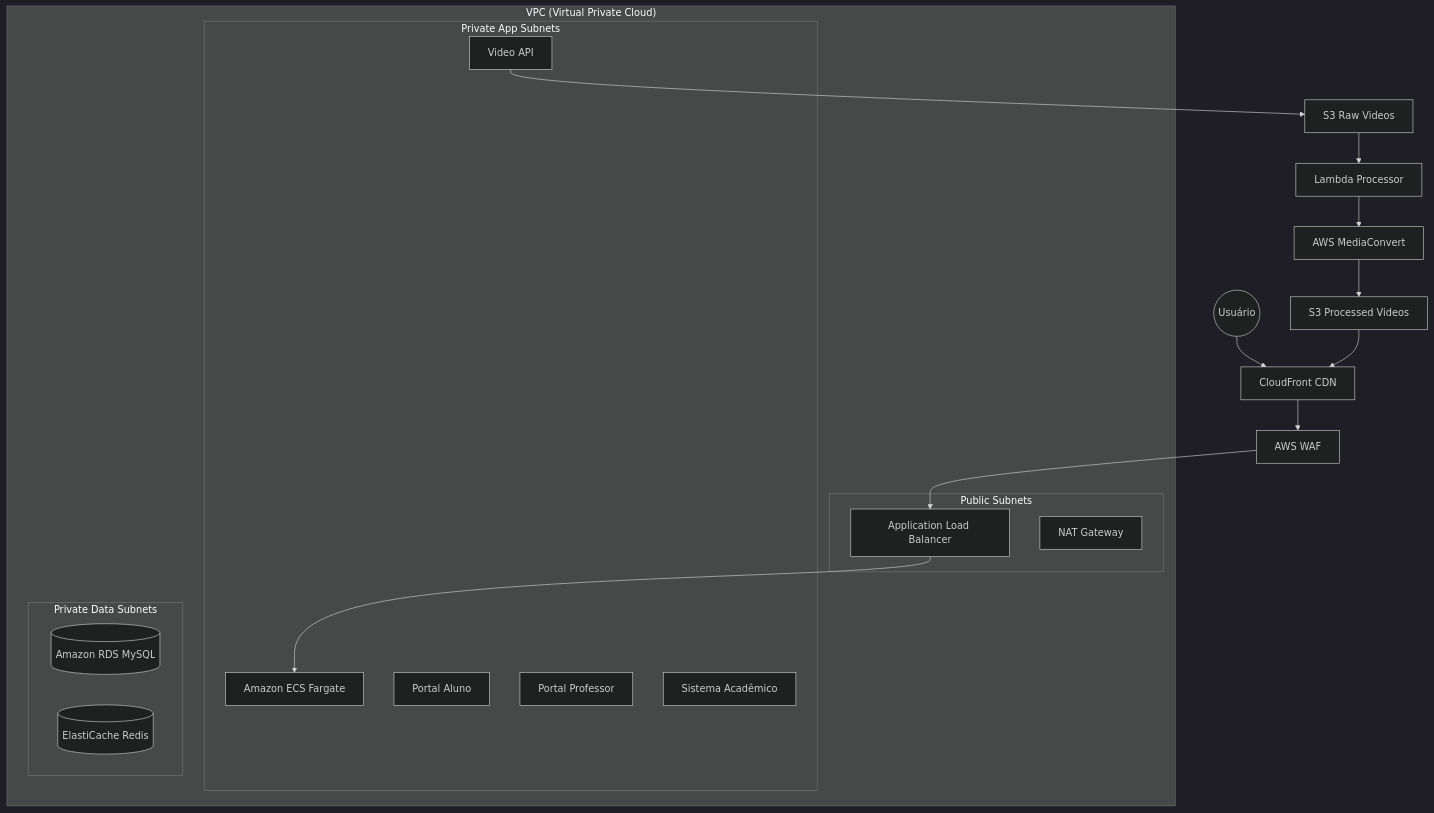
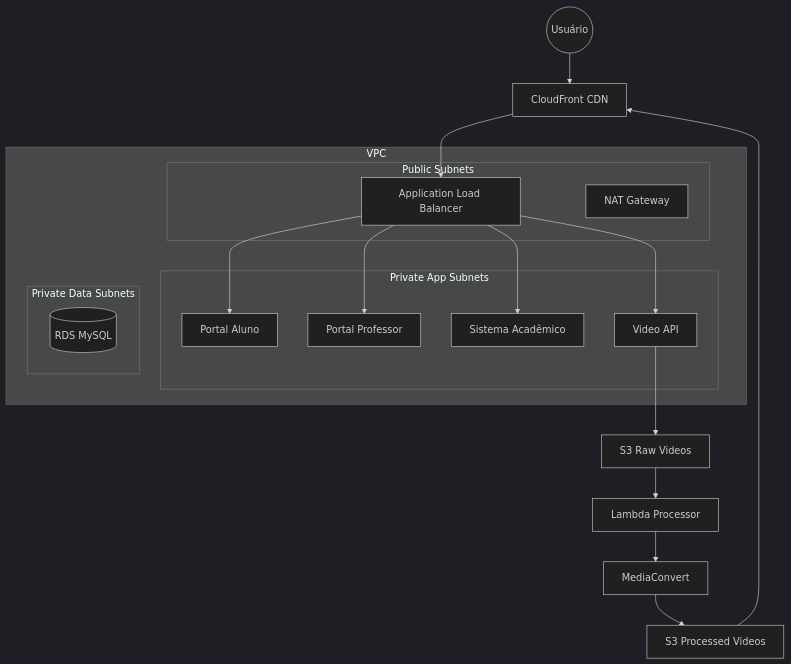
The diagram in README.md (everto18/uniplus_impacta), drawn with Mermaid (dark theme) before and after one commit. The commit also changed other lines of this file, not shown here.

````diff
--- a/README.md
+++ b/README.md
@@ -10,43 +62,39 @@
 ```mermaid
 graph TD
     User((Usuário))
     CDN[CloudFront CDN]
-    WAF[AWS WAF]
     ALB[Application Load Balancer]
     
-    subgraph "VPC (Virtual Private Cloud)"
+    subgraph "VPC"
         subgraph "Public Subnets"
             NAT[NAT Gateway]
             ALB
         end
         
         subgraph "Private App Subnets"
-            ECS[Amazon ECS Fargate]
-            Sval[Portal Aluno]
-            Sprof[Portal Professor]
-            Sacad[Sistema Acadêmico]
-            Svideo[Video API]
+            PA[Portal Aluno]
+            PP[Portal Professor]
+            SA[Sistema Acadêmico]
+            VA[Video API]
         end
         
         subgraph "Private Data Subnets"
-            RDS[(Amazon RDS MySQL)]
-            ElastiCache[(ElastiCache Redis)]
+            RDS[(RDS MySQL)]
         end
     end
     
     S3_Raw[S3 Raw Videos]
     S3_Proc[S3 Processed Videos]
     Lambda[Lambda Processor]
-    MediaConvert[AWS MediaConvert]
+    MediaConvert[MediaConvert]
     
     User --> CDN
-    CDN --> WAF
-    WAF --> ALB
-    ALB --> ECS
+    CDN --> ALB
+    ALB --> PA & PP & SA & VA
     
-    Svideo --> S3_Raw
+    VA --> S3_Raw
     S3_Raw --> Lambda
     Lambda --> MediaConvert
     MediaConvert --> S3_Proc
     S3_Proc --> CDN
 ```
````
